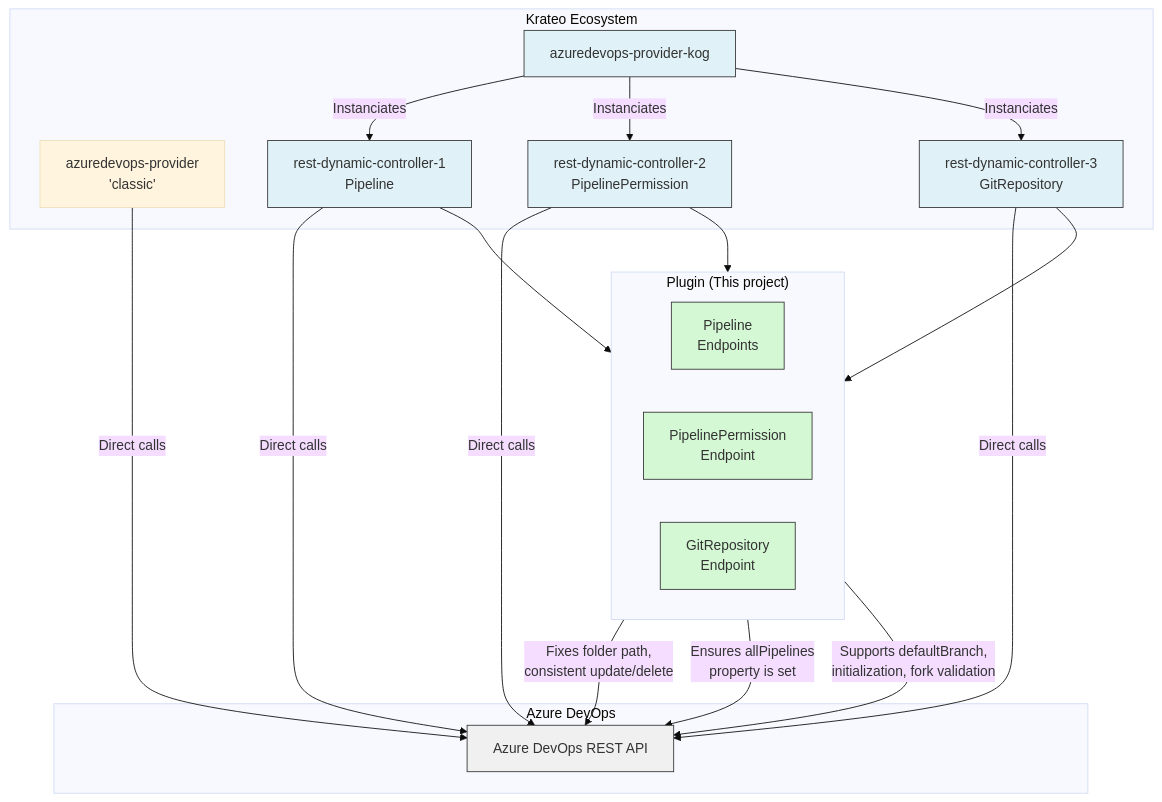
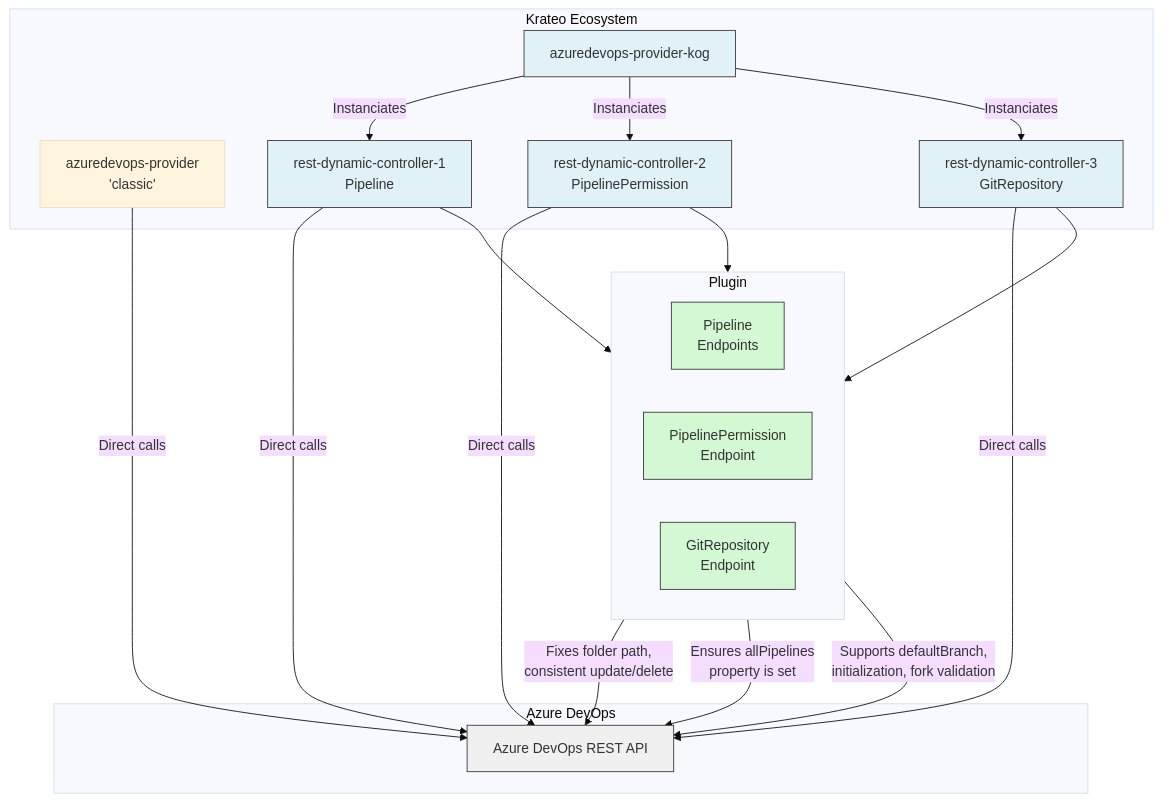
One commit to krateoplatformops/azuredevops-provider-kog-chart changed the diagram in README.md. Above: the diagram before and after it, drawn with Mermaid (base theme). The commit also changed other lines of this file and 11 other files, not shown here.

````diff
--- a/README.md
+++ b/README.md
@@ -43,56 +43,55 @@
 ```mermaid
 graph TD
     %% Define node order early to influence layout
 
     APC -- Direct calls --> ADO_API
 
     KOG -- Instanciates --> RDC1
     KOG -- Instanciates --> RDC2
     KOG -- Instanciates --> RDC3
 
     
     RDC1 --> Pipeline
     RDC1 -- Direct calls --> ADO_API
 
     RDC2 --> PipelinePermission
     RDC2 -- Direct calls --> ADO_API
     
     
     RDC3 -- Direct calls --> ADO_API
     RDC3 --> GitRepository
 
     
     Pipeline -- "Fixes folder path,<br>consistent update/delete" --> ADO_API
     PipelinePermission -- "Ensures allPipelines<br>property is set" --> ADO_API
     GitRepository -- "Supports defaultBranch,<br>initialization, fork validation" --> ADO_API
 
     subgraph Krateo Ecosystem
         APC[azuredevops-provider <br> 'classic']
         KOG[azuredevops-provider-kog]
         RDC1[rest-dynamic-controller-1 <br> Pipeline]
         RDC2[rest-dynamic-controller-2 <br> PipelinePermission]
         RDC3[rest-dynamic-controller-3 <br> GitRepository]
     end
 
-    subgraph "Plugin (This project)"
+    subgraph "Plugin"
         direction LR
         Pipeline[Pipeline<br>Endpoints]
         PipelinePermission[PipelinePermission<br>Endpoint]
         GitRepository[GitRepository<br>Endpoint]
     end
 
     subgraph Azure DevOps
         ADO_API[Azure DevOps REST API]
     end
 
     %% Styling
     style RDC1 fill:#e0f2f7,stroke:#333,stroke-width:1px
     style RDC2 fill:#e0f2f7,stroke:#333,stroke-width:1px
     style RDC3 fill:#e0f2f7,stroke:#333,stroke-width:1px
     style KOG fill:#e0f2f7,stroke:#333,stroke-width:1px
     style ADO_API fill:#f0f0f0,stroke:#333,stroke-width:1px
     style Pipeline fill:#d4f8d4,stroke:#333,stroke-width:1px
     style PipelinePermission fill:#d4f8d4,stroke:#333,stroke-width:1px
     style GitRepository fill:#d4f8d4,stroke:#333,stroke-width:1px
-
 ```
````
